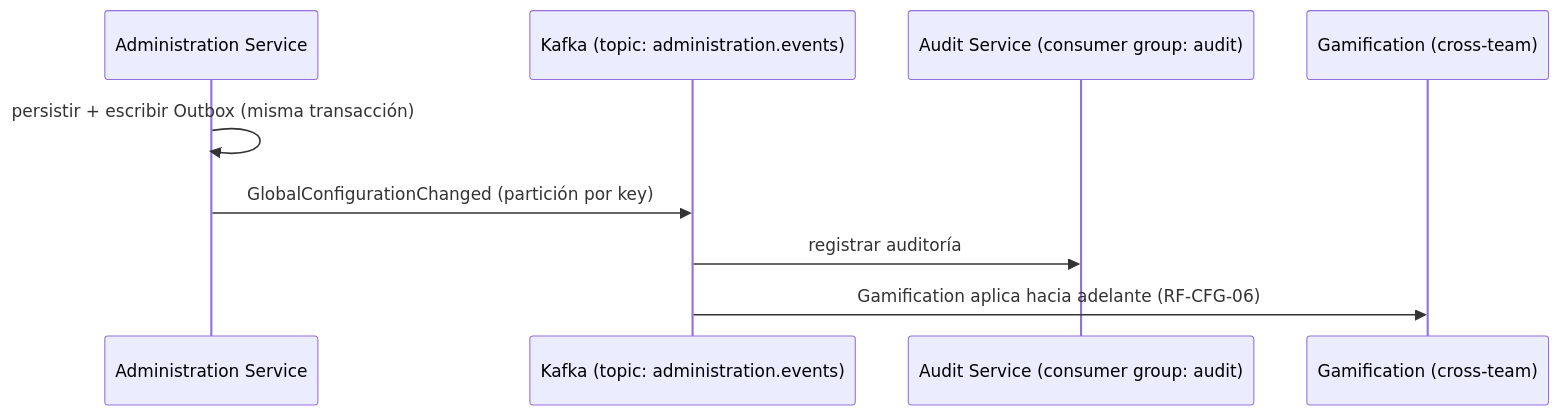
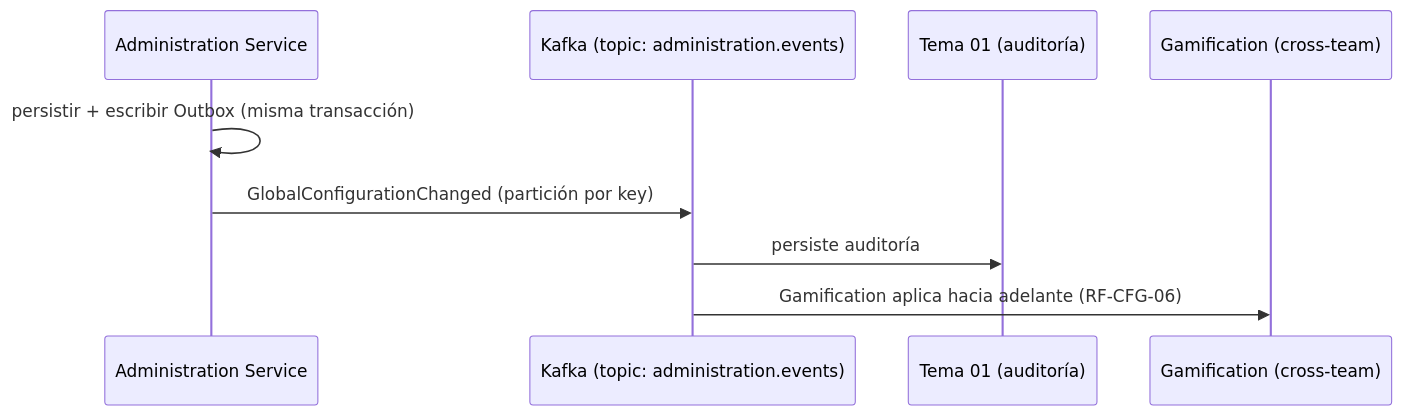
Before and after one commit to 2W2-114324-Carballo-Juarez-Mateo/backoffice-docs: the third of 6 diagrams in docs/backend/arquitectura/comunicacion.md, drawn with Mermaid. The commit also changed other lines of this file and 11 other files, not shown here.

Commit message:
docs: alinear a Tema 12 Backoffice (doc oficial) — 2 servicios propietarios (Administration, Reporting) + consumo T01/T02 y lecturas; sync por gateway; PAR-01..24; auditoría/retención → T01

````diff
--- a/docs/backend/arquitectura/comunicacion.md
+++ b/docs/backend/arquitectura/comunicacion.md
@@ -52,12 +54,12 @@
 ```mermaid
 sequenceDiagram
     participant AD as Administration Service
     participant K as Kafka (topic: administration.events)
-    participant AU as Audit Service (consumer group: audit)
+    participant T01 as Tema 01 (auditoría)
     participant GS as Gamification (cross-team)
 
     AD->>AD: persistir + escribir Outbox (misma transacción)
     AD->>K: GlobalConfigurationChanged (partición por key)
-    K->>AU: registrar auditoría
+    K->>T01: persiste auditoría
     K->>GS: Gamification aplica hacia adelante (RF-CFG-06)
 ```
````
